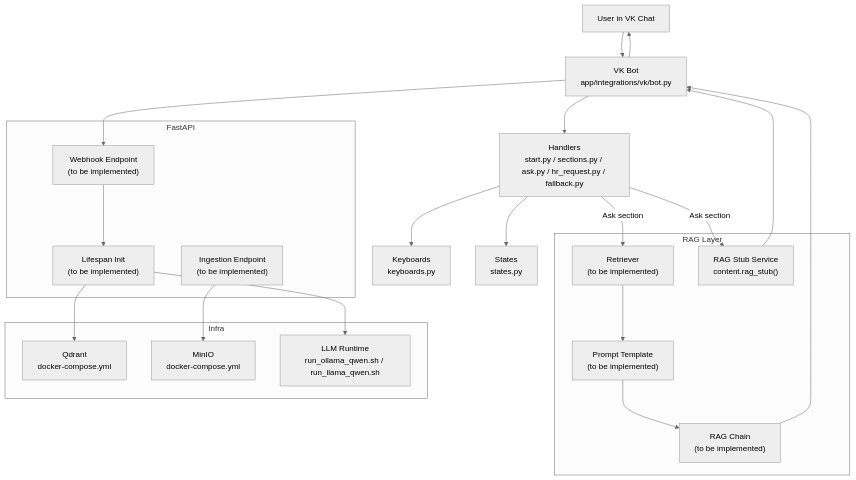
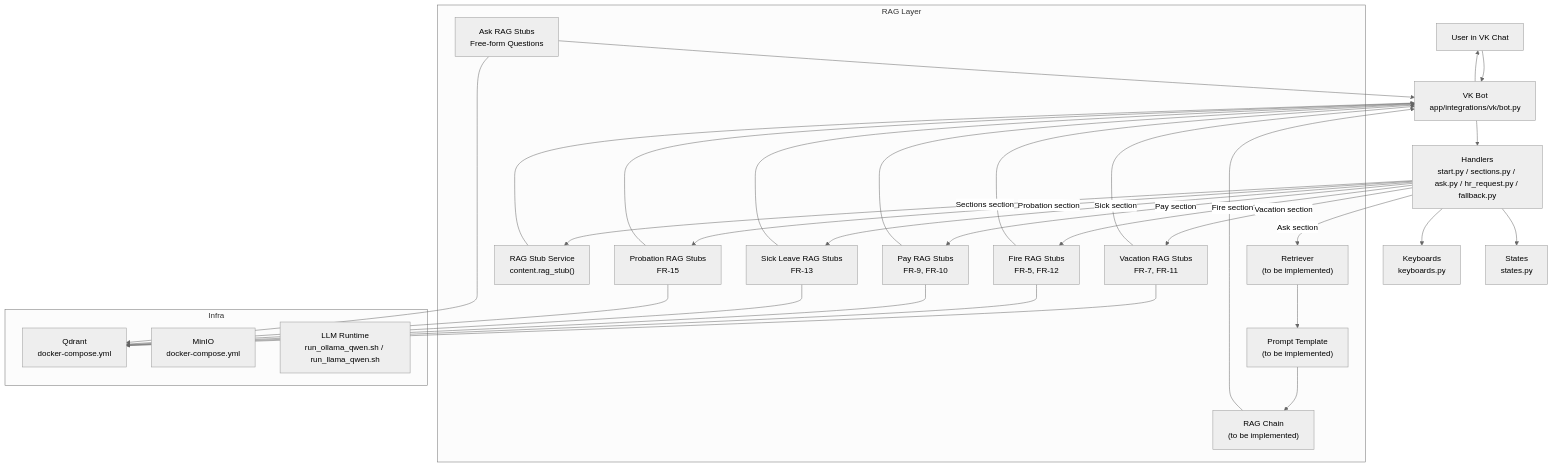
One commit to ognelis/cafetera_hr_bot changed the second of 13 diagrams in .qoder/repowiki/en/content/RAG Integration.md. Above: the diagram before and after it, drawn with Mermaid (neutral theme). The commit also changed other lines of this file and 14 other files, not shown here.

````diff
--- a/.qoder/repowiki/en/content/RAG Integration.md
+++ b/.qoder/repowiki/en/content/RAG Integration.md
@@ -148,40 +160,53 @@
 ```mermaid
 graph TB
 User["User in VK Chat"]
 VK["VK Bot<br/>app/integrations/vk/bot.py"]
 Handlers["Handlers<br/>start.py / sections.py / ask.py / hr_request.py / fallback.py"]
 KB["Keyboards<br/>keyboards.py"]
 States["States<br/>states.py"]
-subgraph "FastAPI"
-Lifespan["Lifespan Init<br/>(to be implemented)"]
-Webhook["Webhook Endpoint<br/>(to be implemented)"]
-Ingest["Ingestion Endpoint<br/>(to be implemented)"]
-end
 subgraph "RAG Layer"
 Retriever["Retriever<br/>(to be implemented)"]
 Prompt["Prompt Template<br/>(to be implemented)"]
 Chain["RAG Chain<br/>(to be implemented)"]
 Stub["RAG Stub Service<br/>content.rag_stub()"]
+VacationStub["Vacation RAG Stubs<br/>FR-7, FR-11"]
+FireStub["Fire RAG Stubs<br/>FR-5, FR-12"]
+PayStub["Pay RAG Stubs<br/>FR-9, FR-10"]
+SickStub["Sick Leave RAG Stubs<br/>FR-13"]
+ProbationStub["Probation RAG Stubs<br/>FR-15"]
+AskStub["Ask RAG Stubs<br/>Free-form Questions"]
 end
 subgraph "Infra"
 Qdrant["Qdrant<br/>docker-compose.yml"]
 MinIO["MinIO<br/>docker-compose.yml"]
 LLM["LLM Runtime<br/>run_ollama_qwen.sh / run_llama_qwen.sh"]
 end
 User --> VK
 VK --> Handlers
 Handlers --> KB
 Handlers --> States
-VK --> Webhook
-Webhook --> Lifespan
-Ingest --> MinIO
-Lifespan --> Qdrant
-Lifespan --> LLM
 Handlers --> |Ask section| Retriever
-Handlers --> |Ask section| Stub
+Handlers --> |Vacation section| VacationStub
+Handlers --> |Fire section| FireStub
+Handlers --> |Pay section| PayStub
+Handlers --> |Sick section| SickStub
+Handlers --> |Probation section| ProbationStub
+Handlers --> |Sections section| Stub
+VacationStub --> Qdrant
+FireStub --> Qdrant
+PayStub --> Qdrant
+SickStub --> Qdrant
+ProbationStub --> Qdrant
+AskStub --> Qdrant
 Retriever --> Prompt
 Prompt --> Chain
 Chain --> VK
 Stub --> VK
+VacationStub --> VK
+FireStub --> VK
+PayStub --> VK
+SickStub --> VK
+ProbationStub --> VK
+AskStub --> VK
 VK --> User
 ```
````
